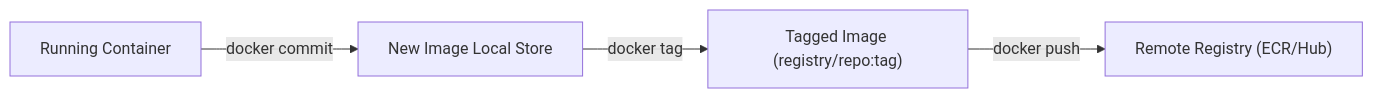
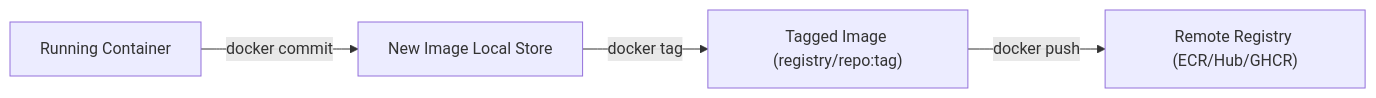
The second of 2 diagrams in Reference Notes/2-2_dockerfile_primer_and_image_building.md (kmashour/BrainDump), drawn with Mermaid before and after one commit. The commit also changed other lines of this file and 152 other files, not shown here.

````diff
--- a/Reference Notes/2-2_dockerfile_primer_and_image_building.md
+++ b/Reference Notes/2-2_dockerfile_primer_and_image_building.md
@@ -91,6 +108,6 @@
 ```mermaid
 graph LR
     Container["Running Container"] -->|docker commit| Image["New Image Local Store"]
     Image -->|docker tag| Tagged["Tagged Image (registry/repo:tag)"]
-    Tagged -->|docker push| Remote["Remote Registry (ECR/Hub)"]
+    Tagged -->|docker push| Remote["Remote Registry (ECR/Hub/GHCR)"]
 ```
````
